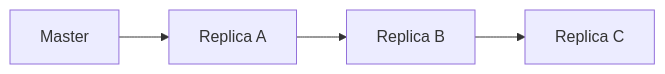
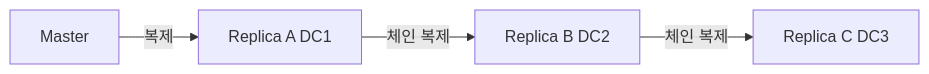
The third of 3 diagrams in _posts/redis/2026-05-01-redis-replication.md (yjkim2015/yjkim2015.github.io), drawn with Mermaid before and after one commit. The commit also changed other lines of this file and 4 other files, not shown here.

````diff
--- a/_posts/redis/2026-05-01-redis-replication.md
+++ b/_posts/redis/2026-05-01-redis-replication.md
@@ -136,6 +482,6 @@
 ```mermaid
 graph LR
-    M["Master"] --> RA["Replica A"]
-    RA --> RB["Replica B"]
-    RB --> RC["Replica C"]
+    M["Master"] -->|"복제"| RA["Replica A DC1"]
+    RA -->|"체인 복제"| RB["Replica B DC2"]
+    RB -->|"체인 복제"| RC["Replica C DC3"]
 ```
````
